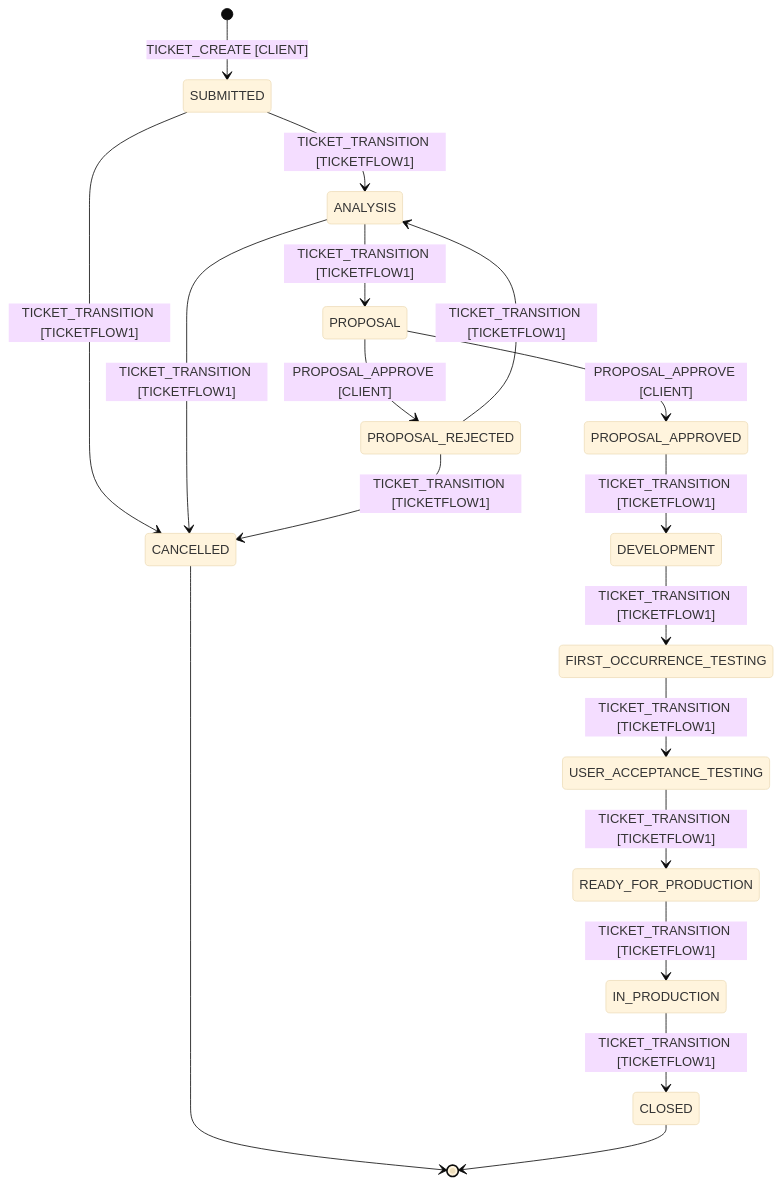
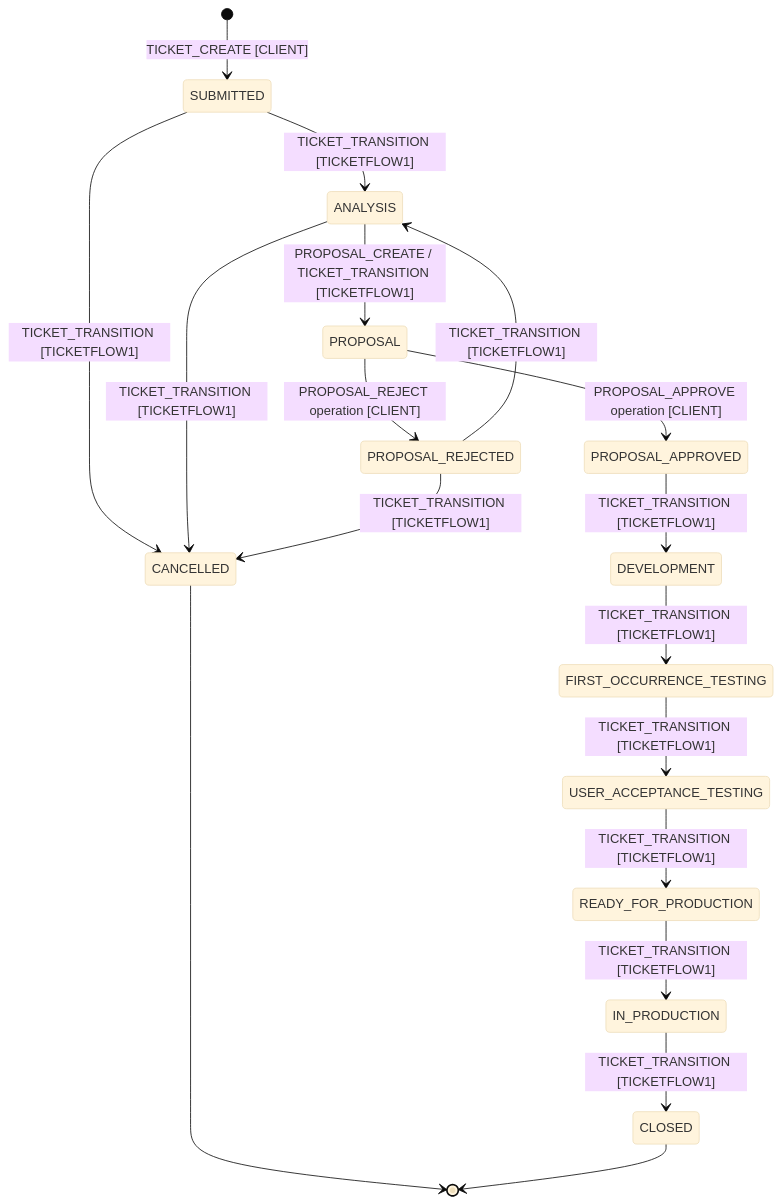
One commit to AleksV3/ticketFlow1 changed the first of 3 diagrams in specs/001-ticketing-mvp/plan.md. Above: the diagram before and after it, drawn with Mermaid (base theme). The commit also changed other lines of this file and 33 other files, not shown here.

````diff
--- a/specs/001-ticketing-mvp/plan.md
+++ b/specs/001-ticketing-mvp/plan.md
@@ -163,20 +177,20 @@
 ```mermaid
 stateDiagram-v2
     [*] --> SUBMITTED: TICKET_CREATE [CLIENT]
     SUBMITTED --> ANALYSIS: TICKET_TRANSITION [TICKETFLOW1]
     SUBMITTED --> CANCELLED: TICKET_TRANSITION [TICKETFLOW1]
-    ANALYSIS --> PROPOSAL: TICKET_TRANSITION [TICKETFLOW1]
+    ANALYSIS --> PROPOSAL: PROPOSAL_CREATE / TICKET_TRANSITION [TICKETFLOW1]
     ANALYSIS --> CANCELLED: TICKET_TRANSITION [TICKETFLOW1]
-    PROPOSAL --> PROPOSAL_APPROVED: PROPOSAL_APPROVE [CLIENT]
-    PROPOSAL --> PROPOSAL_REJECTED: PROPOSAL_APPROVE [CLIENT]
+    PROPOSAL --> PROPOSAL_APPROVED: PROPOSAL_APPROVE operation [CLIENT]
+    PROPOSAL --> PROPOSAL_REJECTED: PROPOSAL_REJECT operation [CLIENT]
     PROPOSAL_REJECTED --> ANALYSIS: TICKET_TRANSITION [TICKETFLOW1]
     PROPOSAL_REJECTED --> CANCELLED: TICKET_TRANSITION [TICKETFLOW1]
     PROPOSAL_APPROVED --> DEVELOPMENT: TICKET_TRANSITION [TICKETFLOW1]
     DEVELOPMENT --> FIRST_OCCURRENCE_TESTING: TICKET_TRANSITION [TICKETFLOW1]
     FIRST_OCCURRENCE_TESTING --> USER_ACCEPTANCE_TESTING: TICKET_TRANSITION [TICKETFLOW1]
     USER_ACCEPTANCE_TESTING --> READY_FOR_PRODUCTION: TICKET_TRANSITION [TICKETFLOW1]
     READY_FOR_PRODUCTION --> IN_PRODUCTION: TICKET_TRANSITION [TICKETFLOW1]
     IN_PRODUCTION --> CLOSED: TICKET_TRANSITION [TICKETFLOW1]
     CANCELLED --> [*]
     CLOSED --> [*]
 ```
````
